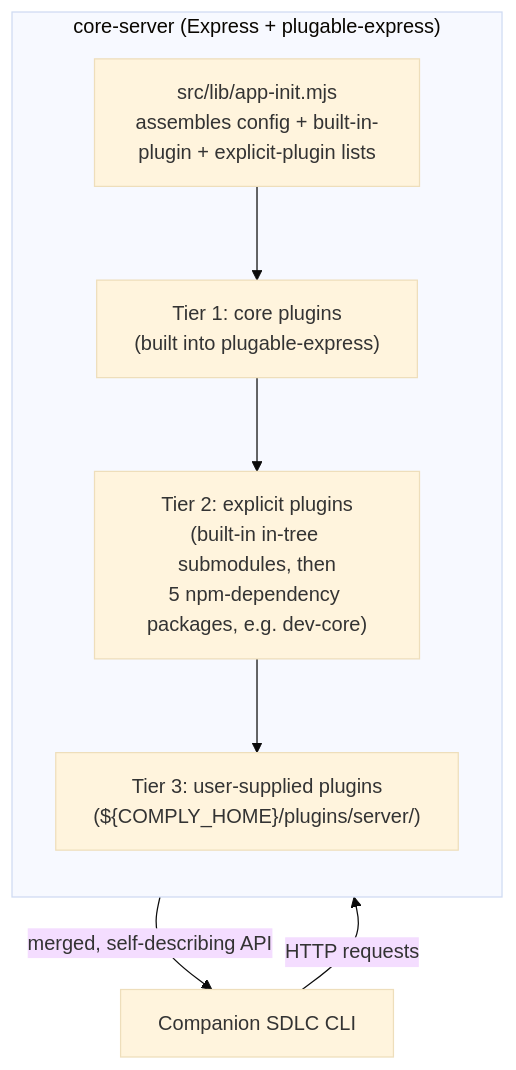
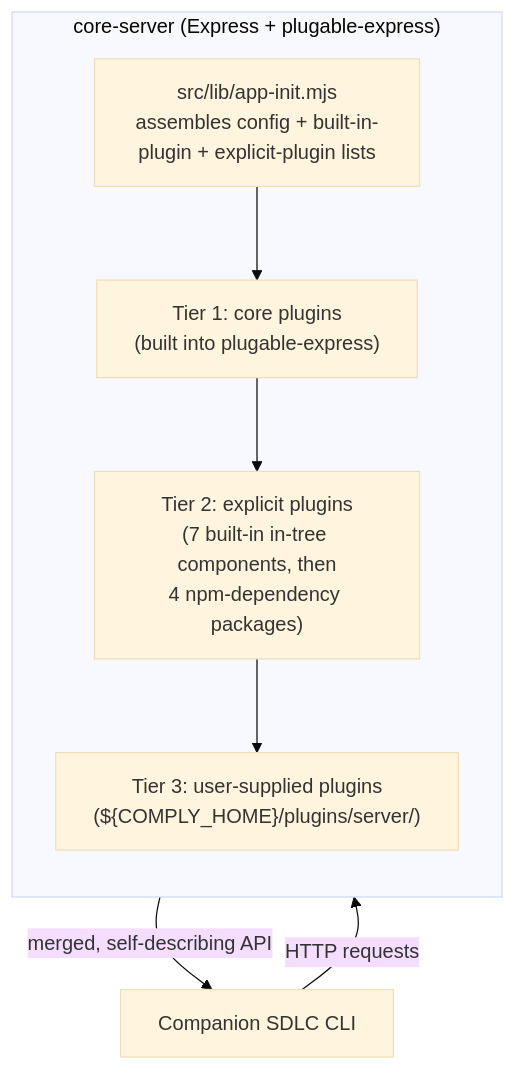
Before and after one commit to sdlcforge/core-server: the diagram in docs/architecture.md, drawn with Mermaid (base theme). The commit also changed other lines of this file and 1 other file, not shown here.

Commit message:
wip(sdlc-core-unification): update docs/architecture.md and docs/core-server-spec.md for seven-component builtin set

````diff
--- a/docs/architecture.md
+++ b/docs/architecture.md
@@ -15,15 +15,15 @@
 ```mermaid
 flowchart TB
     CLI["Companion SDLC CLI"] -->|HTTP requests| Server
 
     subgraph Server["core-server (Express + plugable-express)"]
         direction TB
         Init["src/lib/app-init.mjs<br/>assembles config + built-in-plugin + explicit-plugin lists"]
         Tier1["Tier 1: core plugins<br/>(built into plugable-express)"]
-        Tier2["Tier 2: explicit plugins<br/>(built-in in-tree submodules, then<br/>5 npm-dependency packages, e.g. dev-core)"]
+        Tier2["Tier 2: explicit plugins<br/>(7 built-in in-tree components, then<br/>4 npm-dependency packages)"]
         Tier3["Tier 3: user-supplied plugins<br/>(${COMPLY_HOME}/plugins/server/)"]
         Init --> Tier1 --> Tier2 --> Tier3
     end
 
     Server -->|merged, self-describing API| CLI
 ```
````
